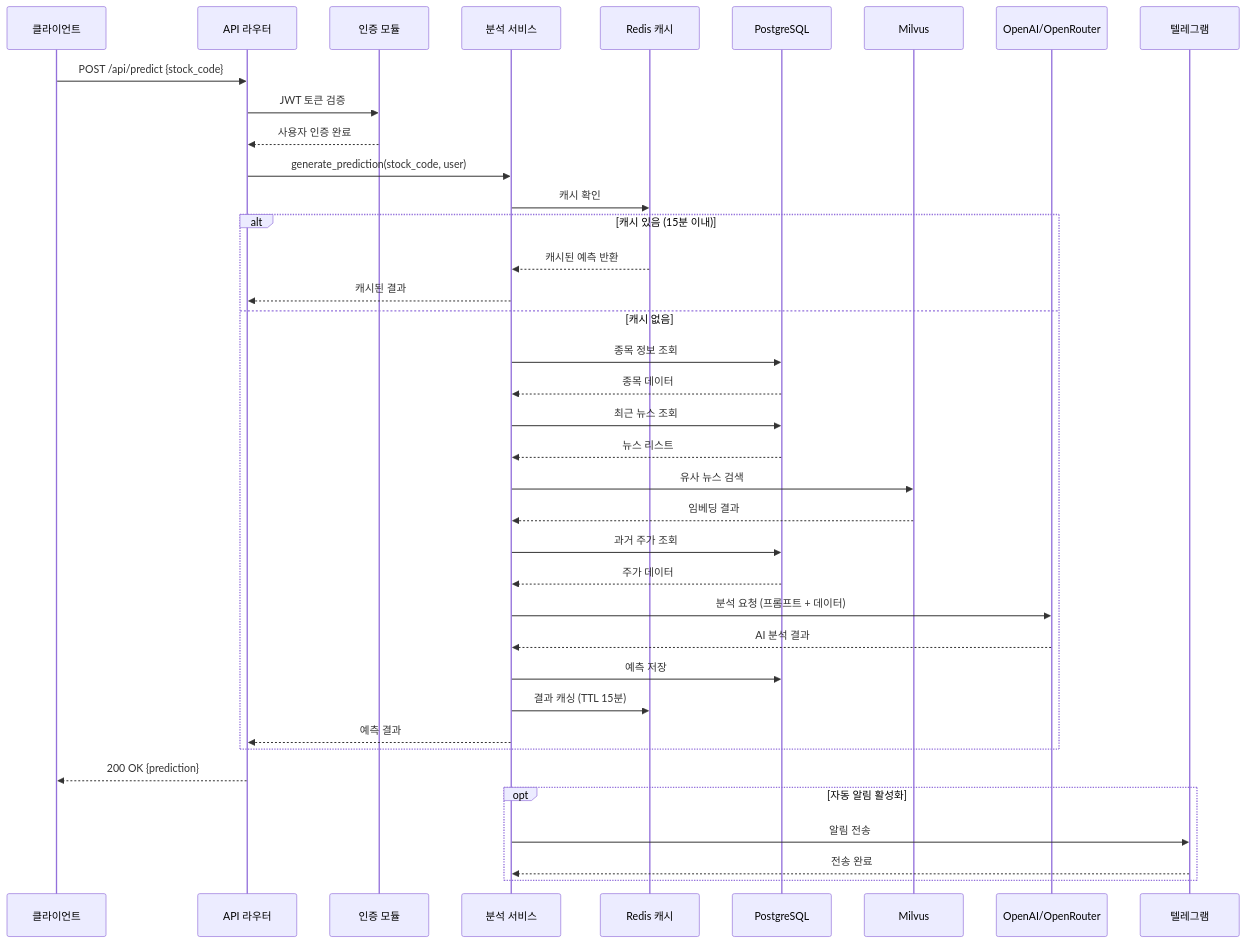
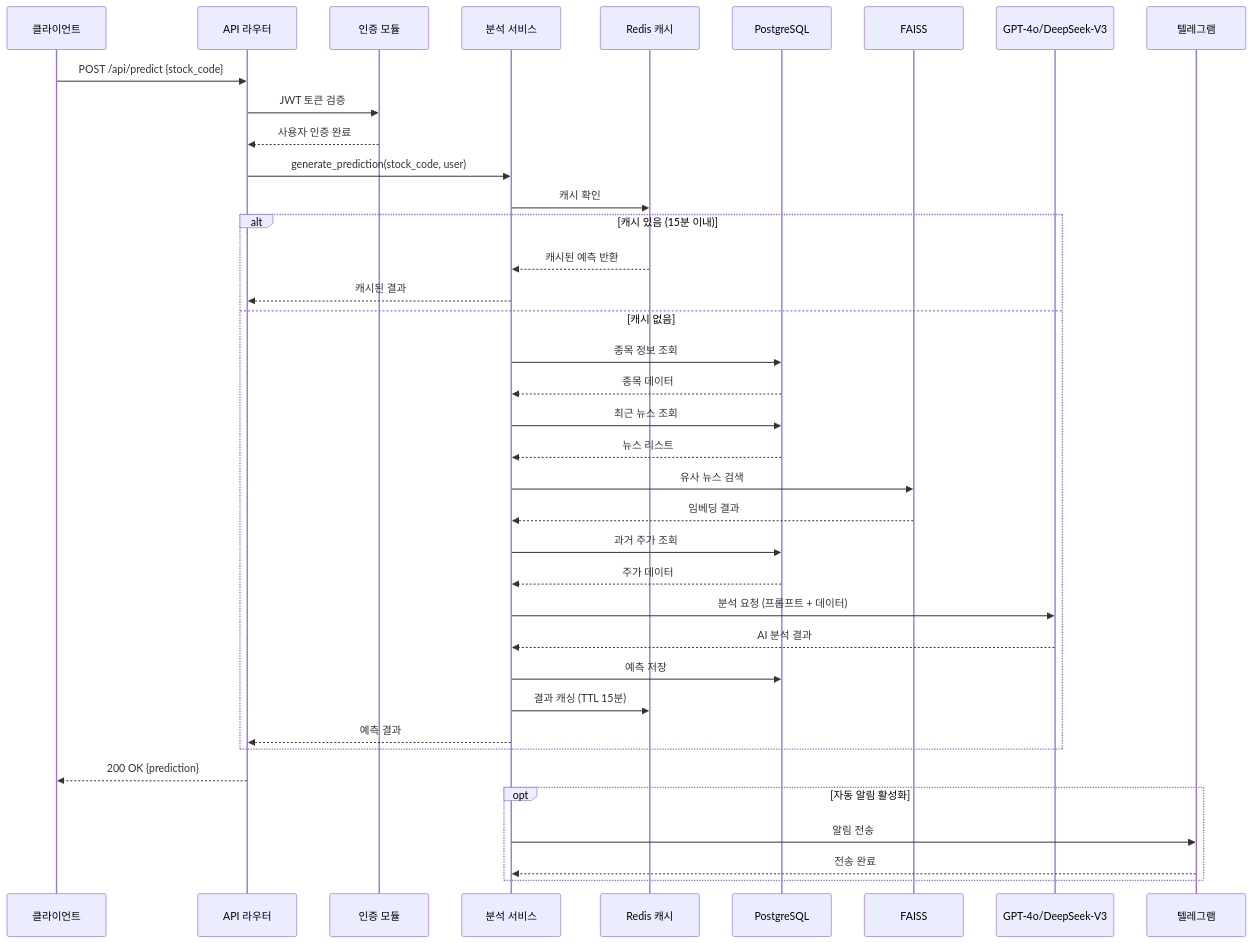
One commit to atototo/azak-ting changed the first of 2 diagrams in docs/architecture/backend/processes.md. Above: the diagram before and after it, drawn with Mermaid. The commit also changed other lines of this file and 7 other files, not shown here.

````diff
--- a/docs/architecture/backend/processes.md
+++ b/docs/architecture/backend/processes.md
@@ -7,51 +7,51 @@
 ```mermaid
 sequenceDiagram
     participant Client as 클라이언트
     participant API as API 라우터
     participant Auth as 인증 모듈
     participant Service as 분석 서비스
     participant Cache as Redis 캐시
     participant DB as PostgreSQL
-    participant Vector as Milvus
-    participant LLM as OpenAI/OpenRouter
+    participant Vector as FAISS
+    participant LLM as GPT-4o/DeepSeek-V3
     participant TG as 텔레그램
 
     Client->>API: POST /api/predict {stock_code}
     API->>Auth: JWT 토큰 검증
     Auth-->>API: 사용자 인증 완료
 
     API->>Service: generate_prediction(stock_code, user)
 
     Service->>Cache: 캐시 확인
     alt 캐시 있음 (15분 이내)
         Cache-->>Service: 캐시된 예측 반환
         Service-->>API: 캐시된 결과
     else 캐시 없음
         Service->>DB: 종목 정보 조회
         DB-->>Service: 종목 데이터
 
         Service->>DB: 최근 뉴스 조회
         DB-->>Service: 뉴스 리스트
 
         Service->>Vector: 유사 뉴스 검색
         Vector-->>Service: 임베딩 결과
 
         Service->>DB: 과거 주가 조회
         DB-->>Service: 주가 데이터
 
         Service->>LLM: 분석 요청 (프롬프트 + 데이터)
         LLM-->>Service: AI 분석 결과
 
         Service->>DB: 예측 저장
         Service->>Cache: 결과 캐싱 (TTL 15분)
 
         Service-->>API: 예측 결과
     end
 
     API-->>Client: 200 OK {prediction}
 
     opt 자동 알림 활성화
         Service->>TG: 알림 전송
         TG-->>Service: 전송 완료
     end
 ```
````
